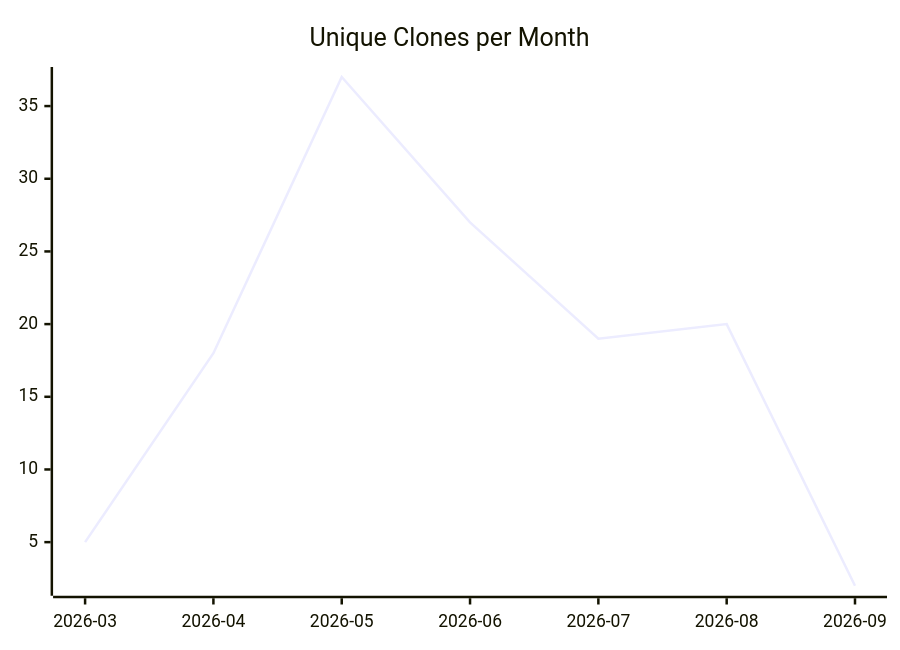
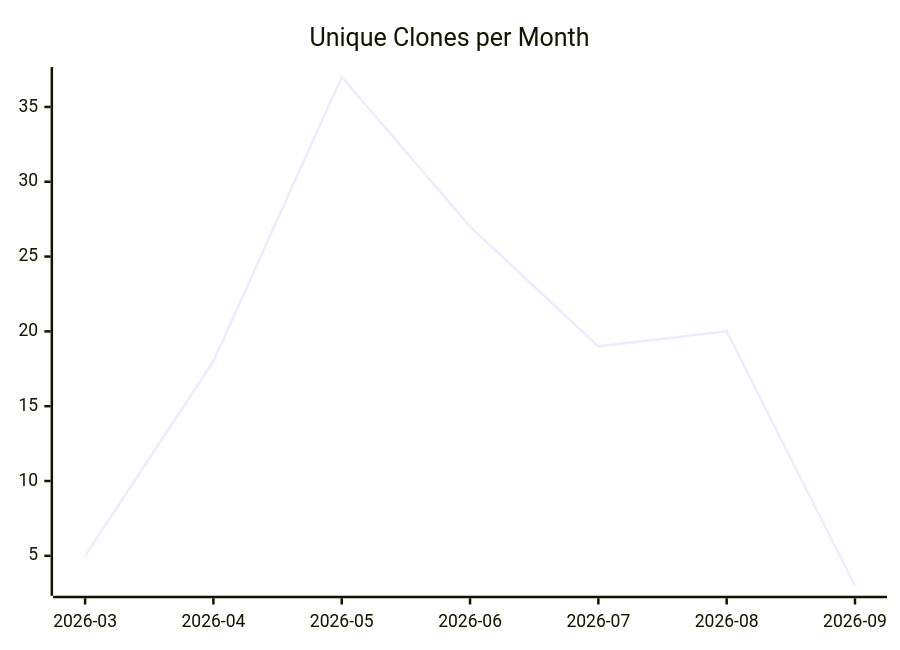
Before and after one commit to justdavis-family/github-analytics-data: the third of 3 diagrams in karlmdavis/obsidian-operator/README.md, drawn with Mermaid. The commit also changed other lines of this file and 187 other files, not shown here.

````diff
--- a/karlmdavis/obsidian-operator/README.md
+++ b/karlmdavis/obsidian-operator/README.md
@@ -19,6 +19,6 @@
 ```mermaid
 xychart-beta
   title "Unique Clones per Month"
   x-axis ["2026-03", "2026-04", "2026-05", "2026-06", "2026-07", "2026-08", "2026-09"]
-  line [5, 18, 37, 27, 19, 20, 2]
+  line [5, 18, 37, 27, 19, 20, 3]
 ```
````
